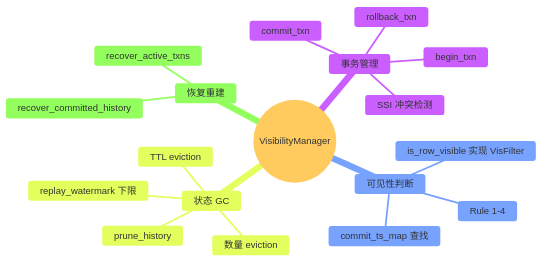
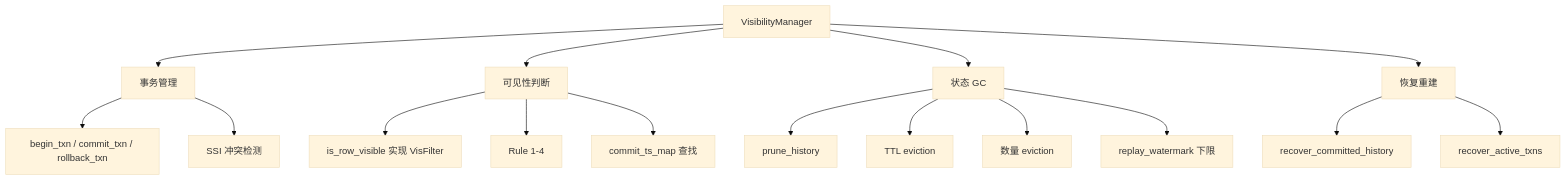
Before and after one commit to qianzii2/rockduck: diagram 12 of 38 in README.md, drawn with Mermaid (base theme). The commit also changed other lines of this file, not shown here.

````diff
--- a/README.md
+++ b/README.md
@@ -324,21 +324,23 @@
 ```mermaid
-mindmap
-    root((VisibilityManager))
-        事务管理
-            begin_txn
-            commit_txn
-            rollback_txn
-            SSI 冲突检测
-        可见性判断
-            is_row_visible 实现 VisFilter
-            Rule 1-4
-            commit_ts_map 查找
-        状态 GC
-            prune_history
-            TTL eviction
-            数量 eviction
-            replay_watermark 下限
-        恢复重建
-            recover_committed_history
-            recover_active_txns
+flowchart TD
+    VM["VisibilityManager"]
+
+    VM --> TXN["事务管理"]
+    TXN --> T1["begin_txn / commit_txn / rollback_txn"]
+    TXN --> T2["SSI 冲突检测"]
+
+    VM --> VIS["可见性判断"]
+    VIS --> V1["is_row_visible 实现 VisFilter"]
+    VIS --> V2["Rule 1-4"]
+    VIS --> V3["commit_ts_map 查找"]
+
+    VM --> GC["状态 GC"]
+    GC --> G1["prune_history"]
+    GC --> G2["TTL eviction"]
+    GC --> G3["数量 eviction"]
+    GC --> G4["replay_watermark 下限"]
+
+    VM --> REC["恢复重建"]
+    REC --> R1["recover_committed_history"]
+    REC --> R2["recover_active_txns"]
 ```
````
